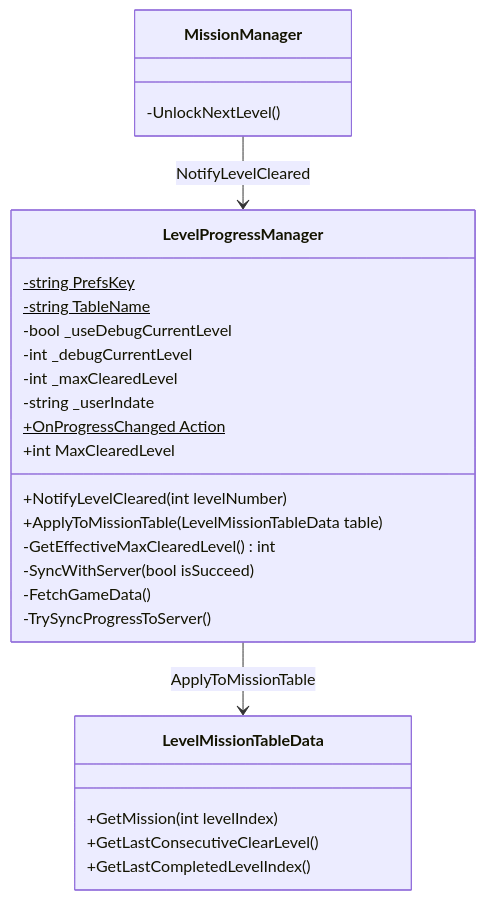
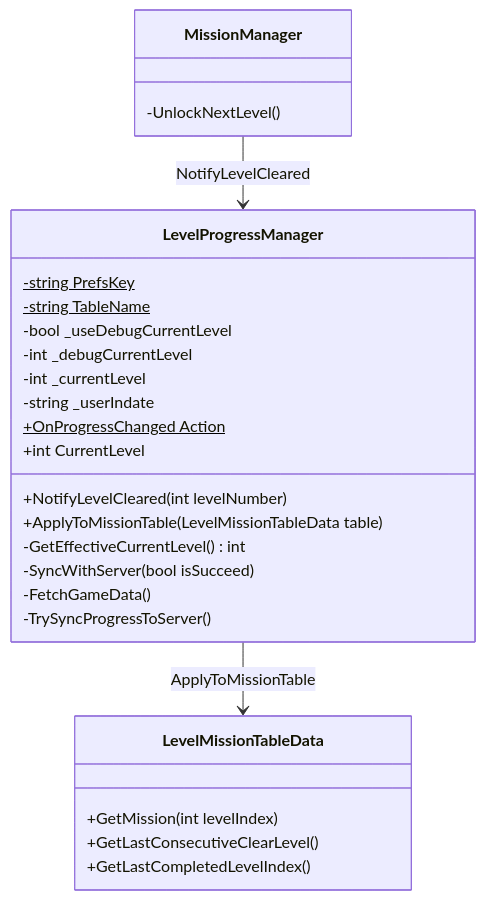
The third of 3 diagrams in docs/diagrams/level-progress-manager.md (chlghksgml01/BlockPuzzle), drawn with Mermaid before and after one commit. The commit also changed other lines of this file and 3 other files, not shown here.

````diff
--- a/docs/diagrams/level-progress-manager.md
+++ b/docs/diagrams/level-progress-manager.md
@@ -66,32 +67,32 @@
 ```mermaid
 classDiagram
   class LevelProgressManager {
     -string PrefsKey$
     -string TableName$
     -bool _useDebugCurrentLevel
     -int _debugCurrentLevel
-    -int _maxClearedLevel
+    -int _currentLevel
     -string _userIndate
     +OnProgressChanged Action$
-    +int MaxClearedLevel
+    +int CurrentLevel
     +NotifyLevelCleared(int levelNumber)
     +ApplyToMissionTable(LevelMissionTableData table)
-    -GetEffectiveMaxClearedLevel() int
+    -GetEffectiveCurrentLevel() int
     -SyncWithServer(bool isSucceed)
     -FetchGameData()
     -TrySyncProgressToServer()
   }
 
   class MissionManager {
     -UnlockNextLevel()
   }
 
   class LevelMissionTableData {
     +GetMission(int levelIndex)
     +GetLastConsecutiveClearLevel()
     +GetLastCompletedLevelIndex()
   }
 
   MissionManager --> LevelProgressManager : NotifyLevelCleared
   LevelProgressManager --> LevelMissionTableData : ApplyToMissionTable
 ```
````
